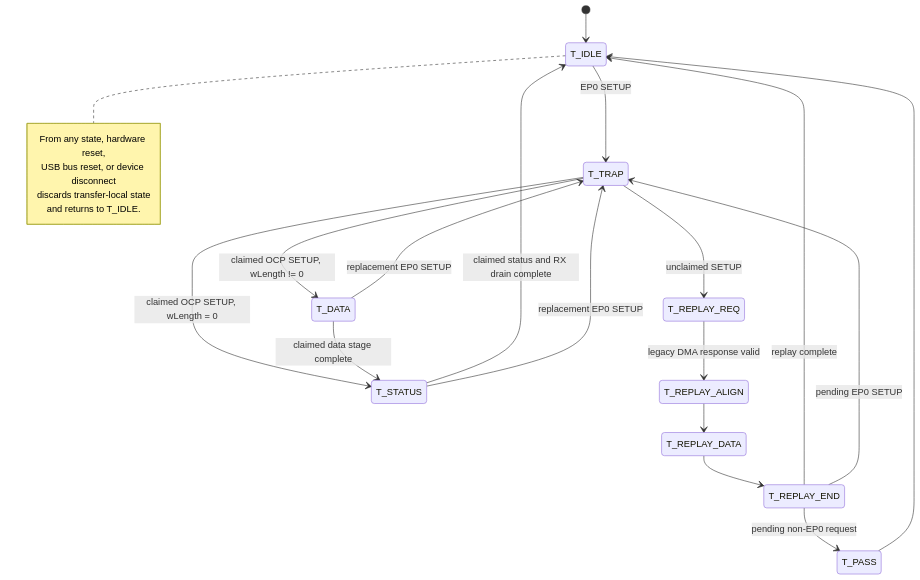
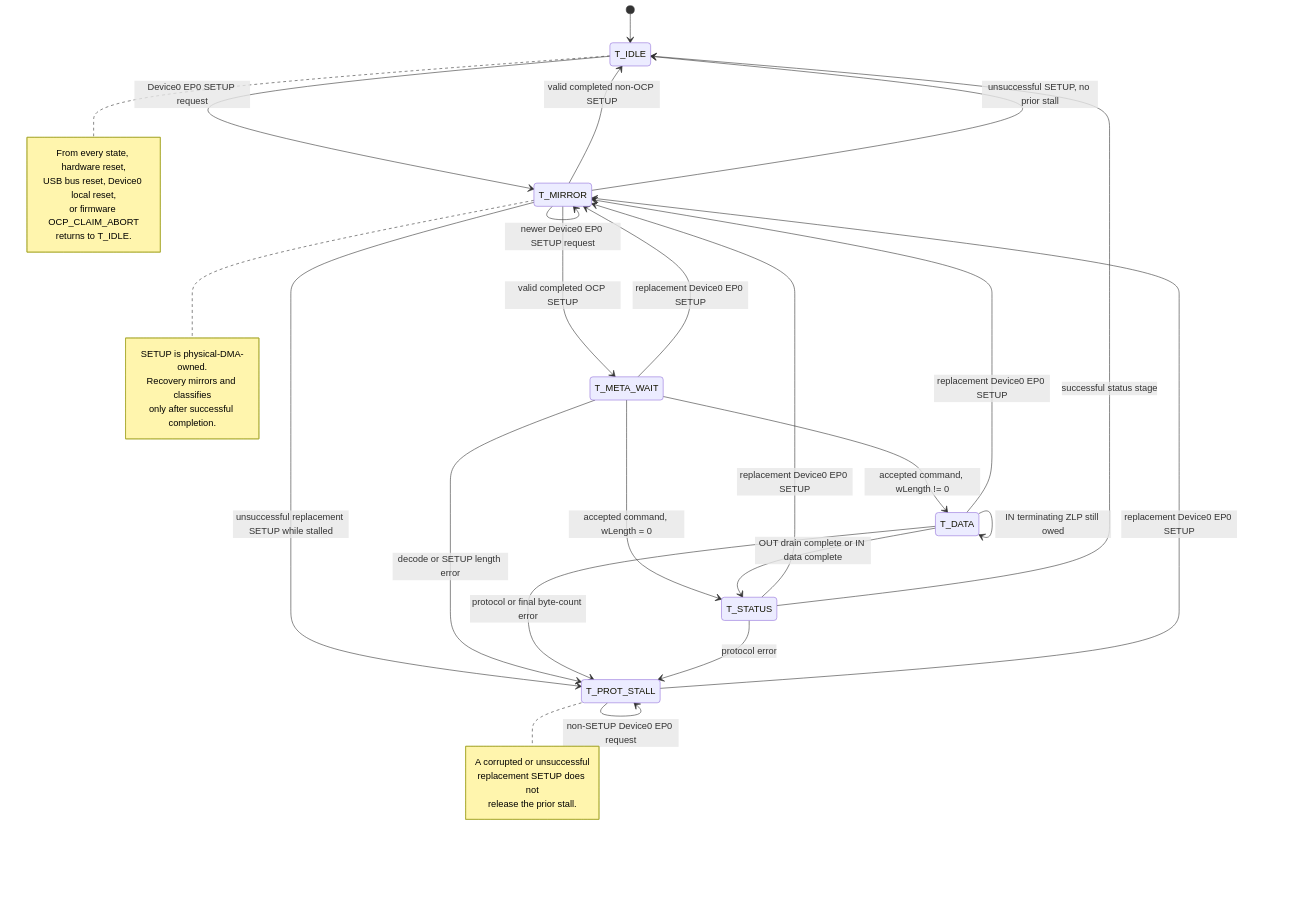
One commit to chipsalliance/caliptra-ss changed the third of 3 diagrams in docs/usb2_recovery_spec/README.md. Above: the diagram before and after it, drawn with Mermaid. The commit also changed other lines of this file, not shown here.

Commit message:
usb2 recovery spec updates with hub integration and SETUP-MIRROR uArch

````diff
--- a/docs/usb2_recovery_spec/README.md
+++ b/docs/usb2_recovery_spec/README.md
@@ -214,26 +240,48 @@
 ```mermaid
 stateDiagram-v2
     [*] --> T_IDLE
-    T_IDLE --> T_TRAP: EP0 SETUP
-    T_TRAP --> T_DATA: claimed OCP SETUP, wLength != 0
-    T_TRAP --> T_STATUS: claimed OCP SETUP, wLength = 0
-    T_TRAP --> T_REPLAY_REQ: unclaimed SETUP
-    T_REPLAY_REQ --> T_REPLAY_ALIGN: legacy DMA response valid
-    T_REPLAY_ALIGN --> T_REPLAY_DATA
-    T_REPLAY_DATA --> T_REPLAY_END
-    T_REPLAY_END --> T_IDLE: replay complete
-    T_REPLAY_END --> T_TRAP: pending EP0 SETUP
-    T_REPLAY_END --> T_PASS: pending non-EP0 request
-    T_PASS --> T_IDLE
-    T_DATA --> T_STATUS: claimed data stage complete
-    T_STATUS --> T_IDLE: claimed status and RX drain complete
-    T_DATA --> T_TRAP: replacement EP0 SETUP
-    T_STATUS --> T_TRAP: replacement EP0 SETUP
+
+    T_IDLE --> T_MIRROR: Device0 EP0 SETUP request
+    T_MIRROR --> T_MIRROR: newer Device0 EP0 SETUP request
+    T_META_WAIT --> T_MIRROR: replacement Device0 EP0 SETUP
+    T_DATA --> T_MIRROR: replacement Device0 EP0 SETUP
+    T_STATUS --> T_MIRROR: replacement Device0 EP0 SETUP
+    T_PROT_STALL --> T_MIRROR: replacement Device0 EP0 SETUP
+
+    T_MIRROR --> T_META_WAIT: valid completed OCP SETUP
+    T_MIRROR --> T_IDLE: valid completed non-OCP SETUP
+    T_MIRROR --> T_IDLE: unsuccessful SETUP, no prior stall
+    T_MIRROR --> T_PROT_STALL: unsuccessful replacement SETUP while stalled
+
+    T_META_WAIT --> T_PROT_STALL: decode or SETUP length error
+    T_META_WAIT --> T_STATUS: accepted command, wLength = 0
+    T_META_WAIT --> T_DATA: accepted command, wLength != 0
+
+    T_DATA --> T_DATA: OUT packet validated and draining
+    T_DATA --> T_DATA: IN terminating ZLP still owed
+    T_DATA --> T_STATUS: OUT drain complete or IN data complete
+    T_DATA --> T_PROT_STALL: protocol or final byte-count error
+
+    T_STATUS --> T_IDLE: successful status stage
+    T_STATUS --> T_PROT_STALL: protocol error
+    T_PROT_STALL --> T_PROT_STALL: non-SETUP Device0 EP0 request
+
+    note right of T_MIRROR
+        SETUP is physical-DMA-owned.
+        Recovery mirrors and classifies
+        only after successful completion.
+    end note
+
+    note right of T_PROT_STALL
+        A corrupted or unsuccessful
+        replacement SETUP does not
+        release the prior stall.
+    end note
 
     note right of T_IDLE
-        From any state, hardware reset,
-        USB bus reset, or device disconnect
-        discards transfer-local state
-        and returns to T_IDLE.
+        From every state, hardware reset,
+        USB bus reset, Device0 local reset,
+        or firmware OCP_CLAIM_ABORT
+        returns to T_IDLE.
     end note
 ```
````
